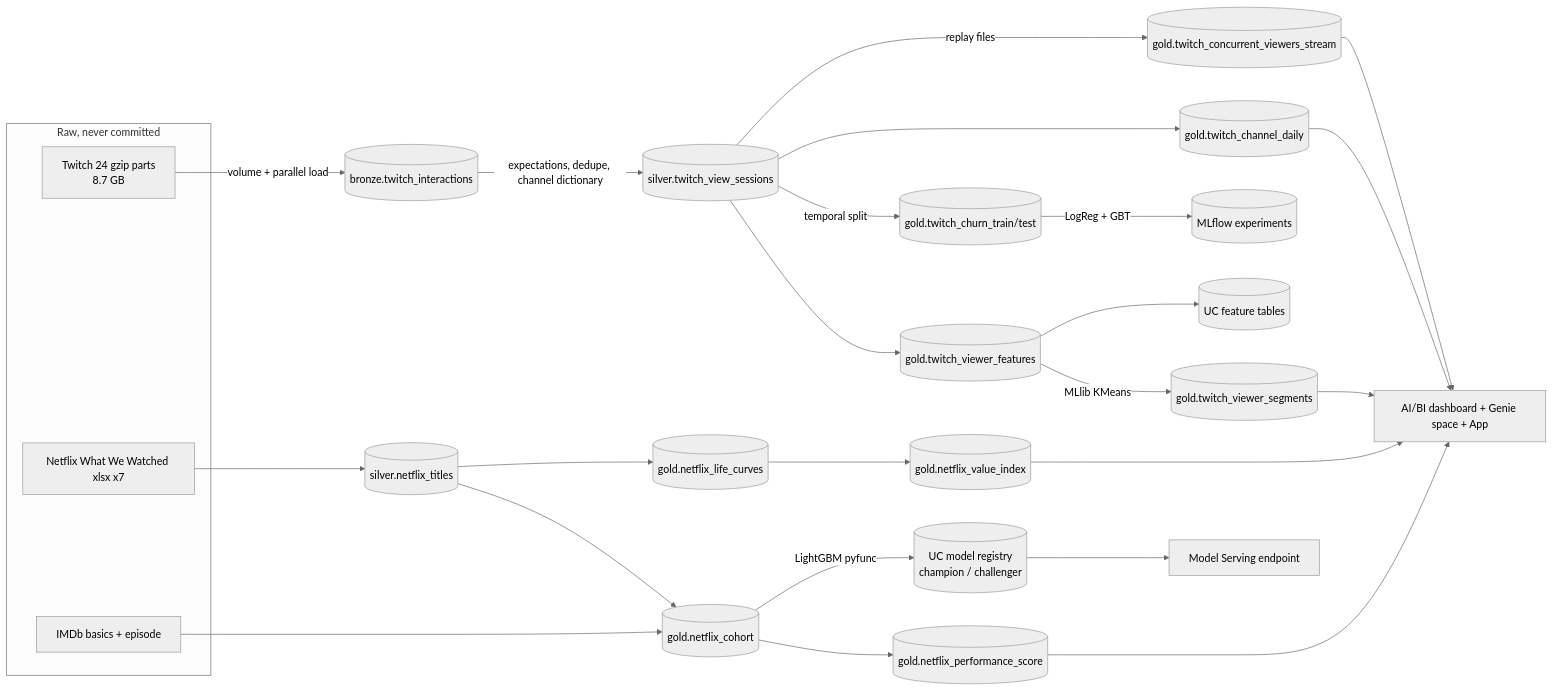
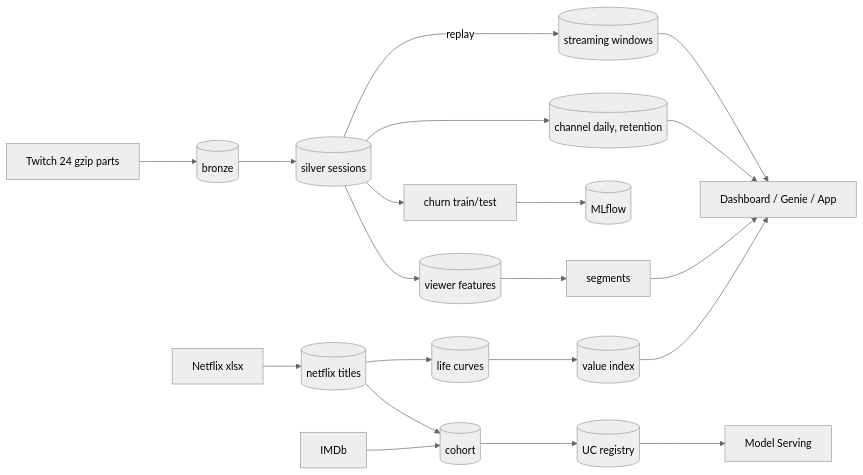
The diagram in README.md (waelsabri11/streaming-content-analytics), drawn with Mermaid (neutral theme) before and after one commit. The commit also changed other lines of this file and 1 other file, not shown here.

````diff
--- a/README.md
+++ b/README.md
@@ -98,20 +75,12 @@
 ```mermaid
 flowchart LR
-    subgraph raw[Raw, never committed]
-      TW[Twitch 24 gzip parts<br/>8.7 GB]
-      NF[Netflix What We Watched xlsx x7]
-      IM[IMDb basics + episode]
-    end
-    TW -->|volume + parallel load| B1[(bronze.twitch_interactions)]
-    B1 -->|expectations, dedupe, channel dictionary| S1[(silver.twitch_view_sessions)]
-    S1 --> G2[(gold.twitch_viewer_features)] -->|MLlib KMeans| G3[(gold.twitch_viewer_segments)]
-    G2 --> FS[(UC feature tables)]
-    S1 -->|temporal split| G9[(gold.twitch_churn_train/test)] -->|LogReg + GBT| MLF[(MLflow experiments)]
-    S1 --> G4[(gold.twitch_channel_daily)]
-    S1 -->|replay files| STR[(gold.twitch_concurrent_viewers_stream)]
-    NF --> S2[(silver.netflix_titles)] --> G5[(gold.netflix_cohort)] --> G6[(gold.netflix_performance_score)]
-    IM --> G5
-    G5 -->|LightGBM pyfunc| REG[(UC model registry<br/>champion / challenger)] --> SRV[Model Serving endpoint]
-    S2 --> G7[(gold.netflix_life_curves)] --> G8[(gold.netflix_value_index)]
-    G3 & G4 & G6 & G8 & STR --> DASH[AI/BI dashboard + Genie space + App]
+    TW[Twitch 24 gzip parts] --> B1[(bronze)] --> S1[(silver sessions)]
+    S1 --> F[(viewer features)] --> SEG[segments]
+    S1 --> CH[churn train/test] --> MLF[(MLflow)]
+    S1 --> CD[(channel daily, retention)]
+    S1 -->|replay| STR[(streaming windows)]
+    NF[Netflix xlsx] --> N1[(netflix titles)] --> COH[(cohort)] --> REG[(UC registry)] --> SRV[Model Serving]
+    IM[IMDb] --> COH
+    N1 --> LC[(life curves)] --> VI[(value index)]
+    SEG & CD & VI & STR --> DASH[Dashboard / Genie / App]
 ```
````
